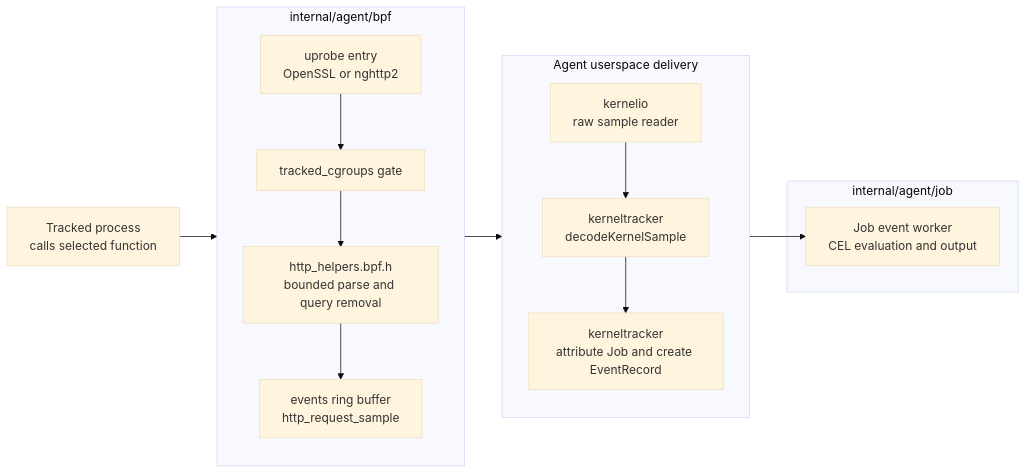
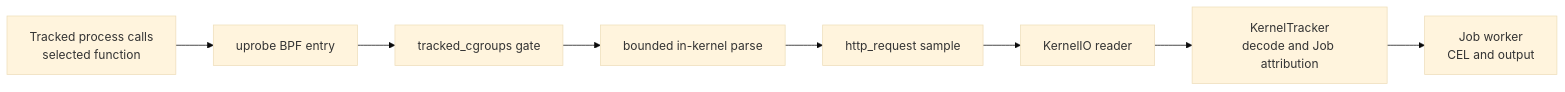
Before and after one commit to cicd-sensor/cicd-sensor: the third of 4 diagrams in docs/developer-guide/ebpf/http-uprobes.md, drawn with Mermaid (base theme). The commit also changed other lines of this file and 38 other files, not shown here.

First line of the commit message:
feat(agent): discover HTTP uprobes from executable mappings (#172)

````diff
--- a/docs/developer-guide/ebpf/http-uprobes.md
+++ b/docs/developer-guide/ebpf/http-uprobes.md
@@ -161,29 +194,13 @@
 ```mermaid
 flowchart LR
-    P["Tracked process<br/>calls selected function"]
+    CALL["Tracked process calls<br/>selected function"]
+    UPROBE["uprobe BPF entry"]
+    GATE["tracked_cgroups gate"]
+    PARSE["bounded in-kernel parse"]
+    SAMPLE["http_request sample"]
+    READER["KernelIO reader"]
+    TRACKER["KernelTracker<br/>decode and Job attribution"]
+    JOB["Job worker<br/>CEL and output"]
 
-    subgraph BPF["internal/agent/bpf"]
-        direction TB
-        U["uprobe entry<br/>OpenSSL or nghttp2"]
-        G["tracked_cgroups gate"]
-        H["http_helpers.bpf.h<br/>bounded parse and query removal"]
-        R["events ring buffer<br/>http_request_sample"]
-        U --> G --> H --> R
-    end
-
-    subgraph USERSPACE["Agent userspace delivery"]
-        direction TB
-        READ["kernelio<br/>raw sample reader"]
-        DECODE["kerneltracker<br/>decodeKernelSample"]
-        ATTR["kerneltracker<br/>attribute Job and create EventRecord"]
-        READ --> DECODE --> ATTR
-    end
-
-    subgraph JOB["internal/agent/job"]
-        EVAL["Job event worker<br/>CEL evaluation and output"]
-    end
-
-    P --> U
-    R --> READ
-    ATTR --> EVAL
+    CALL --> UPROBE --> GATE --> PARSE --> SAMPLE --> READER --> TRACKER --> JOB
 ```
````
